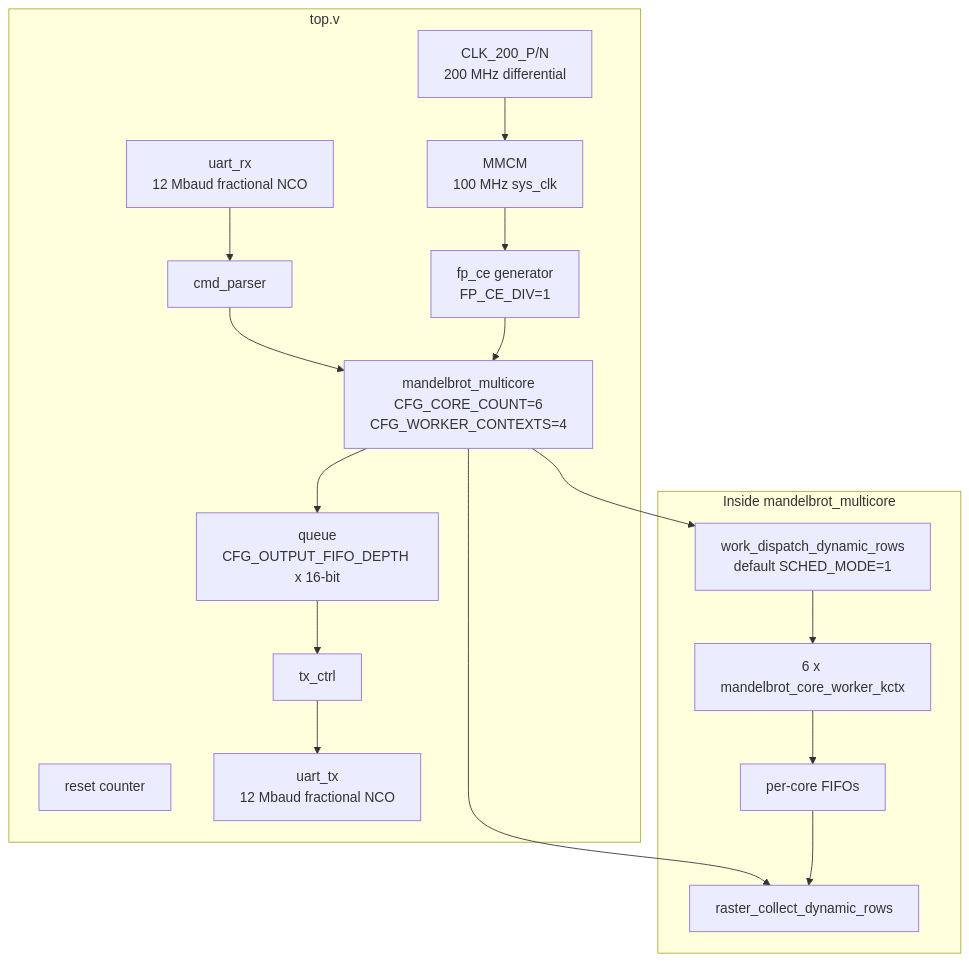
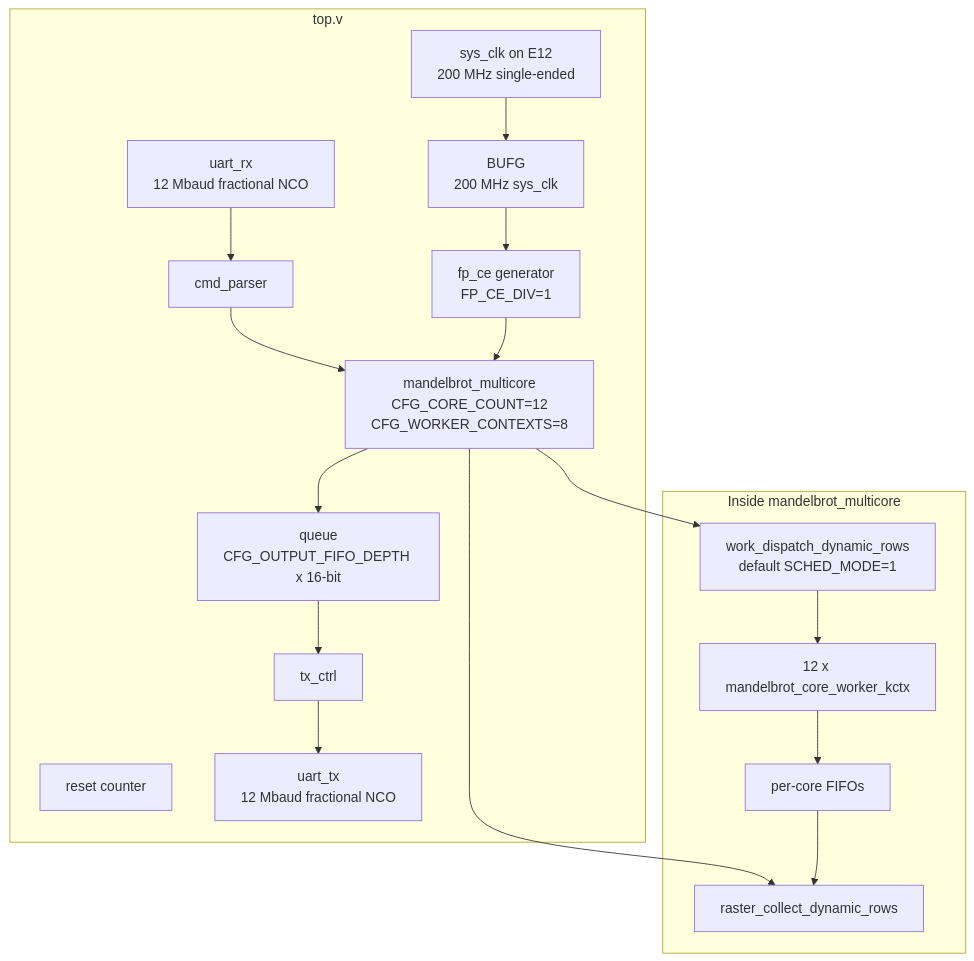
One commit to RESBI/FPGA-Mandelbrot-Demo changed the second of 4 diagrams in README.md. Above: the diagram before and after it, drawn with Mermaid. The commit also changed other lines of this file and 35 other files, not shown here.

````diff
--- a/README.md
+++ b/README.md
@@ -136,30 +134,30 @@
 ```mermaid
 flowchart TB
     subgraph TOP[top.v]
-        CLK[CLK_200_P/N<br/>200 MHz differential] --> MMCM[MMCM<br/>100 MHz sys_clk]
-        MMCM --> CE[fp_ce generator<br/>FP_CE_DIV=1]
+        CLK[sys_clk on E12<br/>200 MHz single-ended] --> BUFG[BUFG<br/>200 MHz sys_clk]
+        BUFG --> CE[fp_ce generator<br/>FP_CE_DIV=1]
         RST[reset counter]
 
         URX[uart_rx<br/>12 Mbaud fractional NCO]
         UTX[uart_tx<br/>12 Mbaud fractional NCO]
         CMD[cmd_parser]
-        CORE[mandelbrot_multicore<br/>CFG_CORE_COUNT=6<br/>CFG_WORKER_CONTEXTS=4]
+        CORE[mandelbrot_multicore<br/>CFG_CORE_COUNT=12<br/>CFG_WORKER_CONTEXTS=8]
         FIFO[queue<br/>CFG_OUTPUT_FIFO_DEPTH x 16-bit]
         TXC[tx_ctrl]
 
         URX --> CMD
         CMD --> CORE
         CE --> CORE
         CORE --> FIFO
         FIFO --> TXC
         TXC --> UTX
     end
 
     subgraph MC[Inside mandelbrot_multicore]
         CORE --> DISP[work_dispatch_dynamic_rows<br/>default SCHED_MODE=1]
         CORE --> MERGE[raster_collect_dynamic_rows]
-        DISP --> WORKERS[6 x mandelbrot_core_worker_kctx]
+        DISP --> WORKERS[12 x mandelbrot_core_worker_kctx]
         WORKERS --> CFIFO[per-core FIFOs]
         CFIFO --> MERGE
     end
 ```
````
